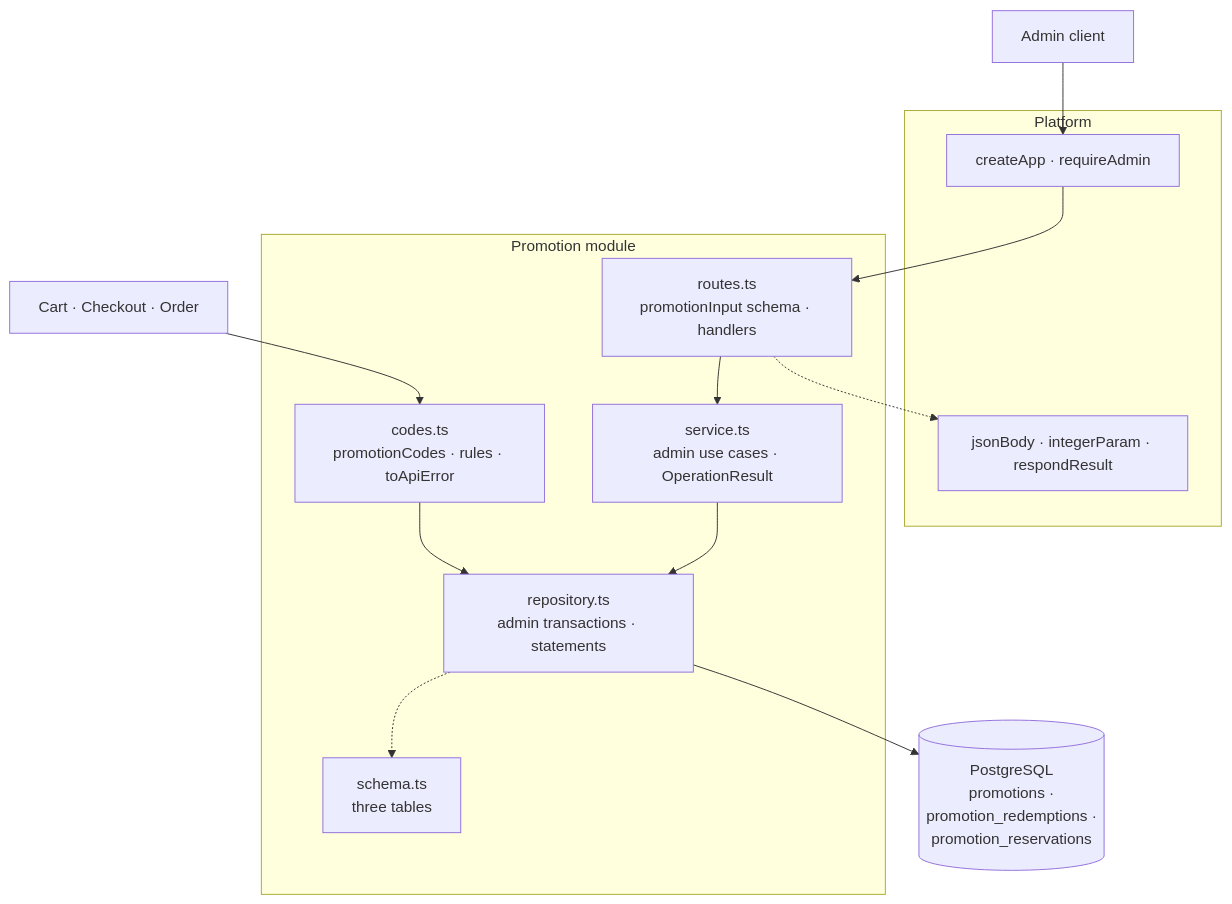
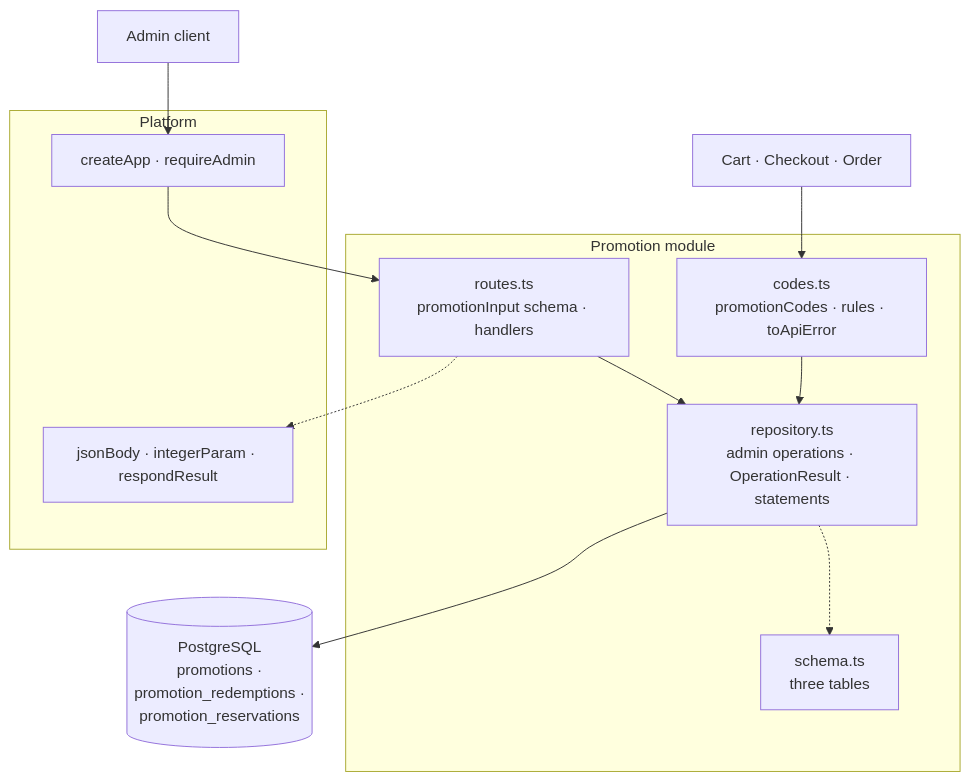
The diagram in docs/dev/backend-ts/packages/promotion-package.md (bitstorm-tech/voenix-shop-kotlin), drawn with Mermaid before and after one commit. The commit also changed other lines of this file and 19 other files, not shown here.

````diff
--- a/docs/dev/backend-ts/packages/promotion-package.md
+++ b/docs/dev/backend-ts/packages/promotion-package.md
@@ -38,27 +38,26 @@
 ```mermaid
 flowchart TB
     Client["Admin client"]
     Consumer["Cart · Checkout · Order"]
 
     subgraph Platform["Platform"]
         App["createApp · requireAdmin"]
         Respond["jsonBody · integerParam · respondResult"]
     end
 
     subgraph Promotion["Promotion module"]
         Routes["routes.ts<br/>promotionInput schema · handlers"]
-        Service["service.ts<br/>admin use cases · OperationResult"]
         Codes["codes.ts<br/>promotionCodes · rules · toApiError"]
-        Repository["repository.ts<br/>admin transactions · statements"]
+        Repository["repository.ts<br/>admin operations · OperationResult · statements"]
         Schema["schema.ts<br/>three tables"]
     end
 
     Database[("PostgreSQL<br/>promotions ·<br/>promotion_redemptions ·<br/>promotion_reservations")]
 
     Client --> App --> Routes
     Routes -.-> Respond
-    Routes --> Service --> Repository
+    Routes --> Repository
     Consumer --> Codes --> Repository
     Repository --> Database
     Repository -.-> Schema
 ```
````
